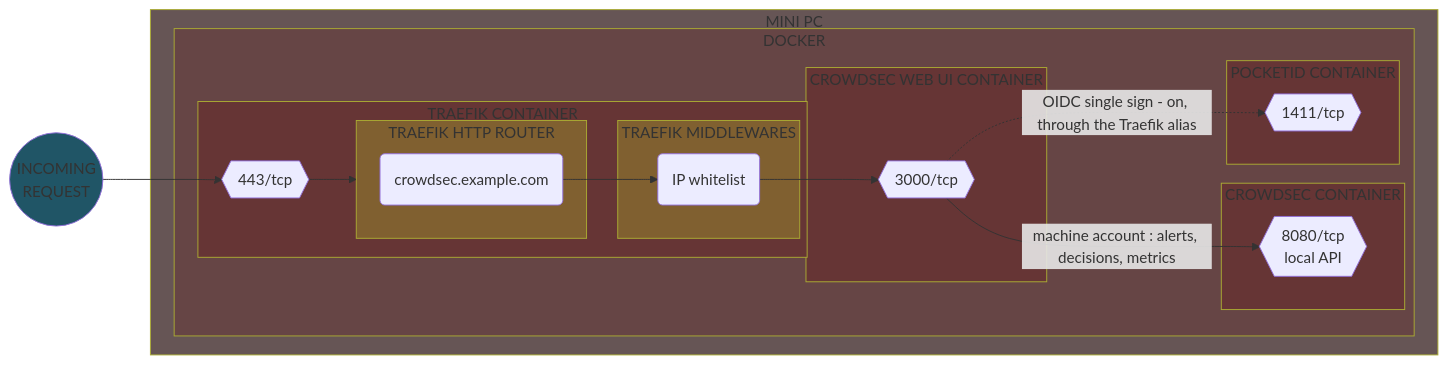
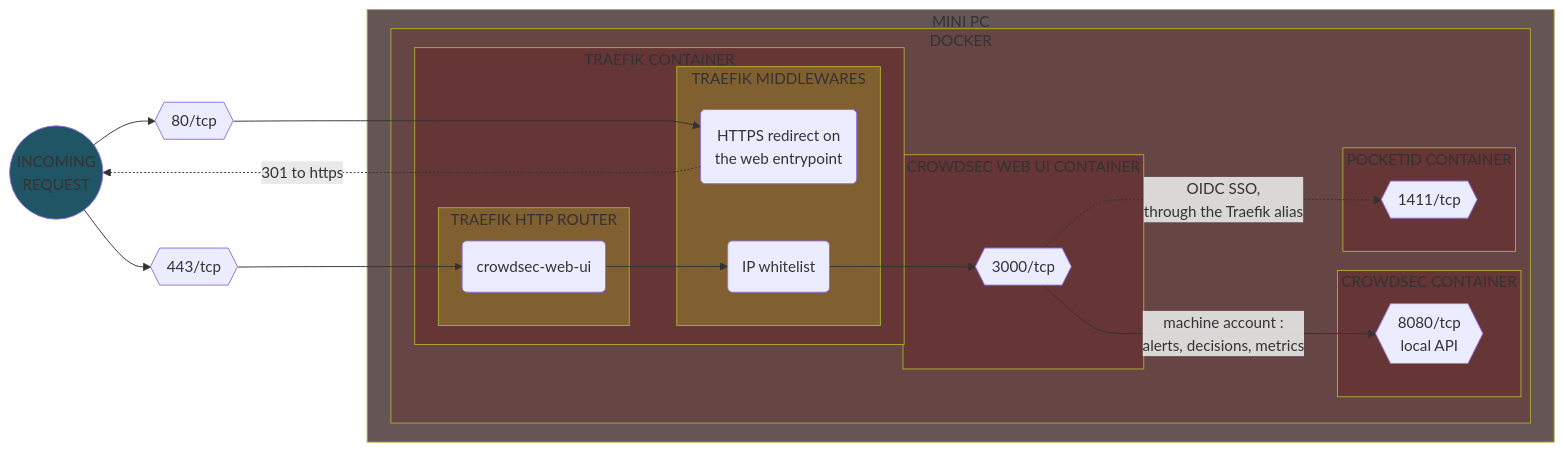
Before and after one commit to Yann39/self-hosted-n100: diagram 13 of 31 in README.md, drawn with Mermaid. The commit also changed other lines of this file, not shown here.

````diff
--- a/README.md
+++ b/README.md
@@ -3412,54 +3401,58 @@
 ```mermaid
 flowchart LR
     style INCOMING_REQUEST fill: #205566
     style TRAEFIK_CONTAINER fill: #663535
     style APP_CONTAINER fill: #663535
     style CROWDSEC_CONTAINER fill: #663535
     style POCKETID_CONTAINER fill: #663535
     style TRAEFIK_ROUTER fill: #806030
     style TRAEFIK_MIDDLEWARE fill: #806030
     style SERVER_DEVICE fill: #665555
     style CONTAINER_ENGINE fill: #664545
     DOCKER_TRAEFIK_PORT443{{443/tcp}}
+    DOCKER_TRAEFIK_PORT80{{80/tcp}}
     DOCKER_APP_PORT{{3000/tcp}}
     DOCKER_CROWDSEC_PORT{{8080/tcp\nlocal API}}
     DOCKER_POCKETID_PORT{{1411/tcp}}
-    TRAEFIK_ROUTER_APP(crowdsec.example.com)
+    TRAEFIK_ROUTER_APP(crowdsec-web-ui)
+    TRAEFIK_MIDDLEWARE_REDIRECT(HTTPS redirect on<br>the web entrypoint)
     TRAEFIK_MIDDLEWARE_IP_WHITELIST(IP whitelist)
     INCOMING_REQUEST((INCOMING\nREQUEST))
-    INCOMING_REQUEST --> DOCKER_TRAEFIK_PORT443
 
     subgraph SERVER_DEVICE[MINI PC]
         subgraph CONTAINER_ENGINE[DOCKER]
             subgraph TRAEFIK_CONTAINER[TRAEFIK CONTAINER]
-                DOCKER_TRAEFIK_PORT443 --> TRAEFIK_ROUTER
-
                 subgraph TRAEFIK_ROUTER[TRAEFIK HTTP ROUTER]
                     TRAEFIK_ROUTER_APP
                 end
 
                 subgraph TRAEFIK_MIDDLEWARE[TRAEFIK MIDDLEWARES]
+                    TRAEFIK_MIDDLEWARE_REDIRECT
                     TRAEFIK_MIDDLEWARE_IP_WHITELIST
                 end
-
-                TRAEFIK_ROUTER_APP --> TRAEFIK_MIDDLEWARE_IP_WHITELIST
             end
 
             subgraph APP_CONTAINER[CROWDSEC WEB UI CONTAINER]
                 DOCKER_APP_PORT
             end
 
             subgraph CROWDSEC_CONTAINER[CROWDSEC CONTAINER]
                 DOCKER_CROWDSEC_PORT
             end
 
             subgraph POCKETID_CONTAINER[POCKETID CONTAINER]
                 DOCKER_POCKETID_PORT
             end
-
-            TRAEFIK_MIDDLEWARE_IP_WHITELIST --> DOCKER_APP_PORT
-            DOCKER_APP_PORT -->|machine account : alerts, decisions, metrics| DOCKER_CROWDSEC_PORT
-            DOCKER_APP_PORT -.->|OIDC single sign - on, through the Traefik alias| DOCKER_POCKETID_PORT
         end
     end
+
+    INCOMING_REQUEST --> DOCKER_TRAEFIK_PORT443
+    INCOMING_REQUEST --> DOCKER_TRAEFIK_PORT80
+    DOCKER_TRAEFIK_PORT80 ---> TRAEFIK_MIDDLEWARE_REDIRECT
+    TRAEFIK_MIDDLEWARE_REDIRECT -.->|301 to https| INCOMING_REQUEST
+    DOCKER_TRAEFIK_PORT443 --> TRAEFIK_ROUTER_APP
+    TRAEFIK_ROUTER_APP --> TRAEFIK_MIDDLEWARE_IP_WHITELIST
+    TRAEFIK_MIDDLEWARE_IP_WHITELIST --> DOCKER_APP_PORT
+    DOCKER_APP_PORT --->|machine account :<br>alerts, decisions, metrics| DOCKER_CROWDSEC_PORT
+    DOCKER_APP_PORT -..->|OIDC SSO,<br>through the Traefik alias| DOCKER_POCKETID_PORT
 ```
````
